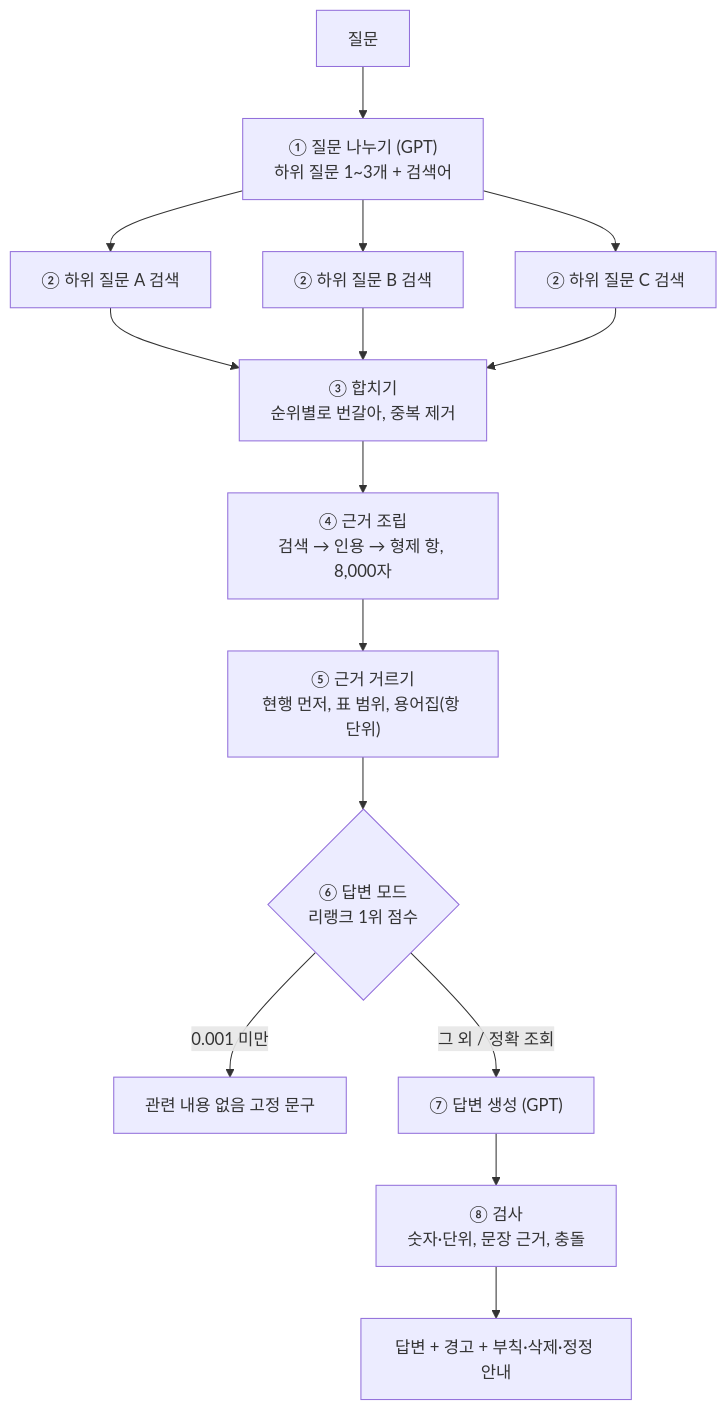
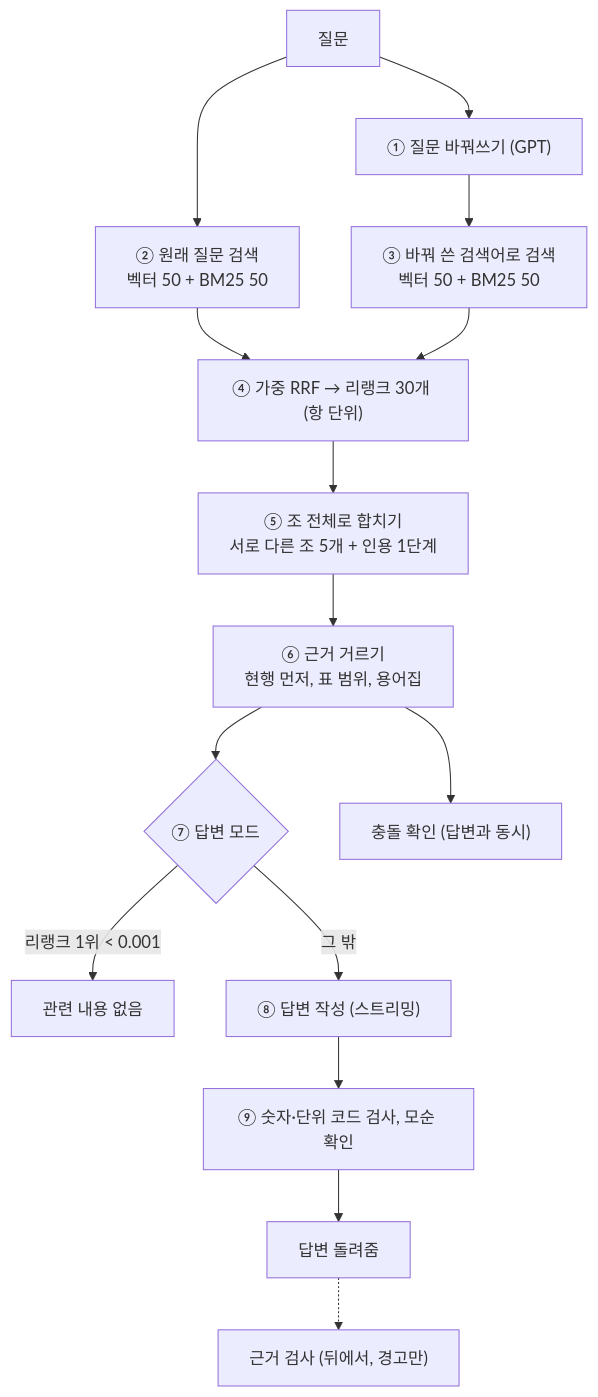
One commit to 9abin/Kivvi changed the diagram in docs/질의_흐름.md. Above: the diagram before and after it, drawn with Mermaid. The commit also changed other lines of this file and 17 other files, not shown here.

````diff
--- a/docs/질의_흐름.md
+++ b/docs/질의_흐름.md
@@ -7,15 +17,17 @@
 ```mermaid
 flowchart TD
-    Q[질문] --> P["① 질문 나누기 (GPT)<br/>하위 질문 1~3개 + 검색어"]
-    P --> S1[② 하위 질문 A 검색]
-    P --> S2[② 하위 질문 B 검색]
-    P --> S3[② 하위 질문 C 검색]
-    S1 & S2 & S3 --> M["③ 합치기<br/>순위별로 번갈아, 중복 제거"]
-    M --> A["④ 근거 조립<br/>검색 → 인용 → 형제 항, 8,000자"]
-    A --> F["⑤ 근거 거르기<br/>현행 먼저, 표 범위, 용어집(항 단위)"]
-    F --> D{"⑥ 답변 모드<br/>리랭크 1위 점수"}
-    D -- "0.001 미만" --> N[관련 내용 없음 고정 문구]
-    D -- 그 외 / 정확 조회 --> G["⑦ 답변 생성 (GPT)"]
-    G --> C["⑧ 검사<br/>숫자·단위, 문장 근거, 충돌"]
-    C --> R[답변 + 경고 + 부칙·삭제·정정 안내]
+    Q[질문] --> RW["① 질문 바꿔쓰기 (GPT)"]
+    Q --> S0["② 원래 질문 검색<br/>벡터 50 + BM25 50"]
+    RW --> S1["③ 바꿔 쓴 검색어로 검색<br/>벡터 50 + BM25 50"]
+    S0 --> F["④ 가중 RRF → 리랭크 30개 (항 단위)"]
+    S1 --> F
+    F --> A["⑤ 조 전체로 합치기<br/>서로 다른 조 5개 + 인용 1단계"]
+    A --> FL["⑥ 근거 거르기<br/>현행 먼저, 표 범위, 용어집"]
+    FL --> D{"⑦ 답변 모드"}
+    D -- "리랭크 1위 < 0.001" --> N[관련 내용 없음]
+    D -- 그 밖 --> G["⑧ 답변 작성 (스트리밍)"]
+    FL --> CF["충돌 확인 (답변과 동시)"]
+    G --> CK["⑨ 숫자·단위 코드 검사, 모순 확인"]
+    CK --> R[답변 돌려줌]
+    R -.-> V["근거 검사 (뒤에서, 경고만)"]
 ```
````
